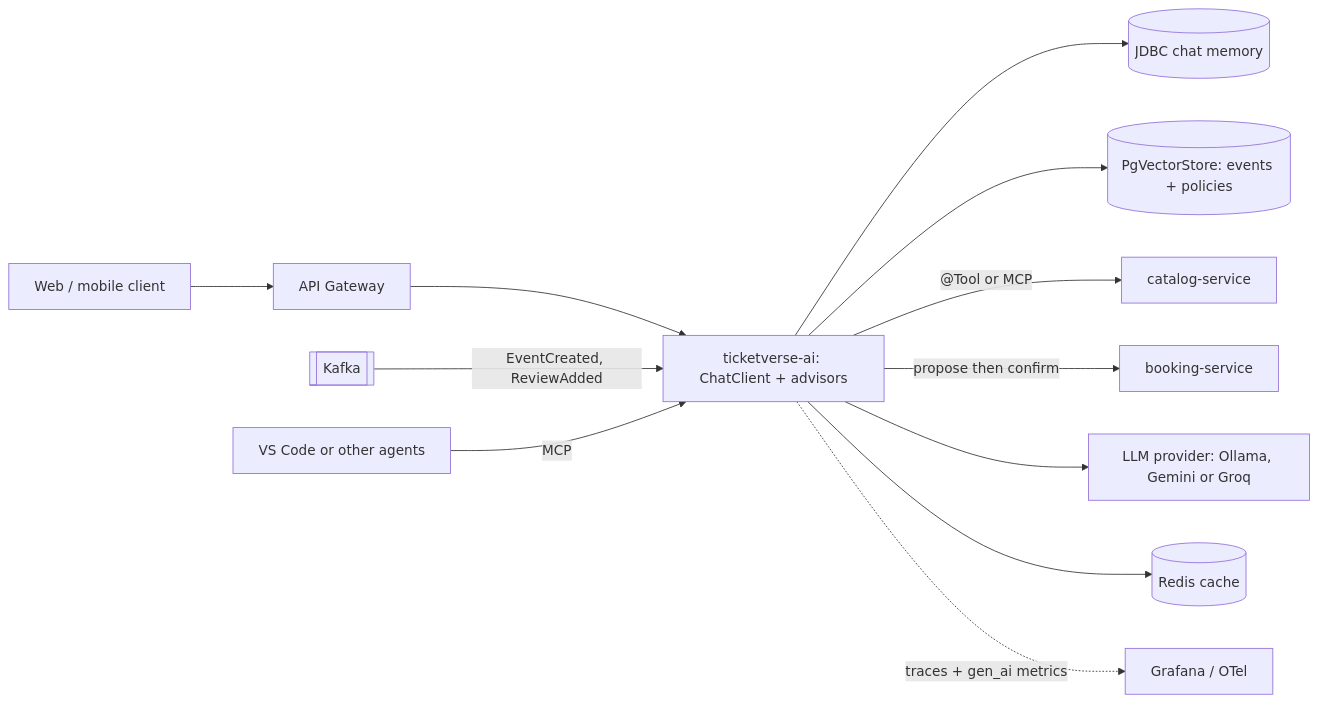
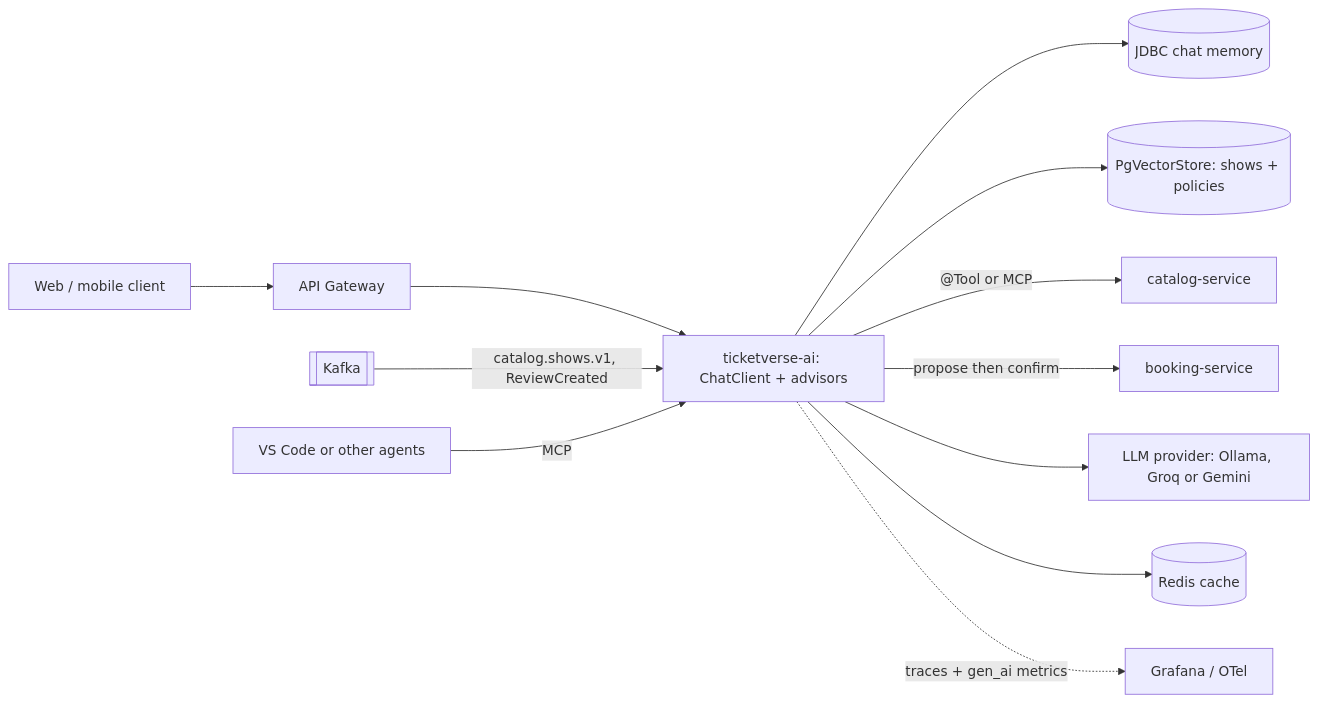
The seventh of 7 diagrams in AI Engineering/PROJECTS.md (Ricky6200/learning-plan), drawn with Mermaid before and after one commit. The commit also changed other lines of this file and 20 other files, not shown here.

````diff
--- a/AI Engineering/PROJECTS.md
+++ b/AI Engineering/PROJECTS.md
@@ -314,14 +324,14 @@
 ```mermaid
 flowchart LR
     UI[Web / mobile client] --> GW[API Gateway]
     GW --> AI["ticketverse-ai: ChatClient + advisors"]
     AI --> MEM[(JDBC chat memory)]
-    AI --> VS[("PgVectorStore: events + policies")]
+    AI --> VS[("PgVectorStore: shows + policies")]
     AI -->|"@Tool or MCP"| CAT[catalog-service]
     AI -->|propose then confirm| BK[booking-service]
-    AI --> LLM["LLM provider: Ollama, Gemini or Groq"]
-    K[[Kafka]] -->|EventCreated, ReviewAdded| AI
+    AI --> LLM["LLM provider: Ollama, Groq or Gemini"]
+    K[[Kafka]] -->|catalog.shows.v1, ReviewCreated| AI
     AI --> RC[(Redis cache)]
     VSC[VS Code or other agents] -->|MCP| AI
     AI -. traces + gen_ai metrics .-> OBS[Grafana / OTel]
 ```
````
